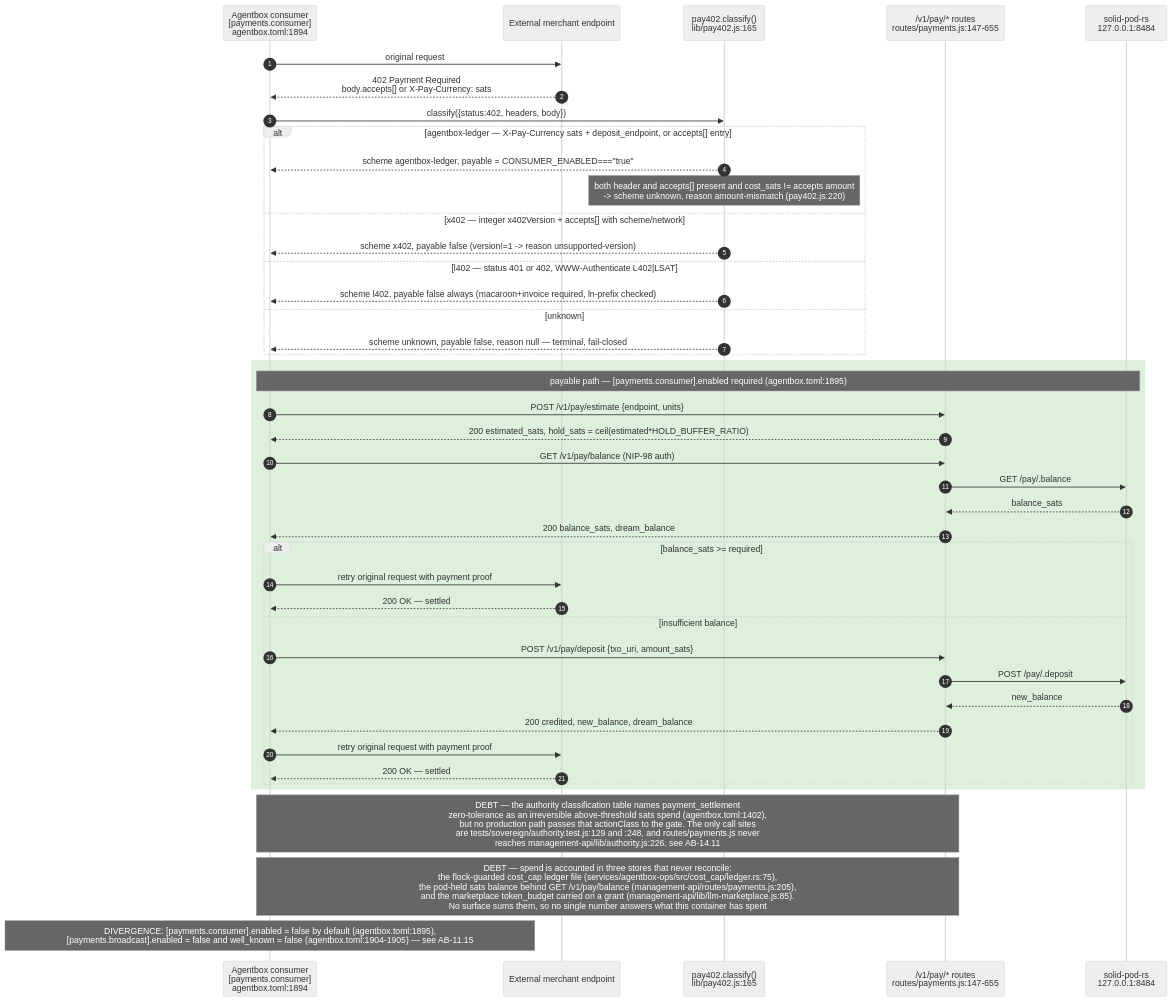
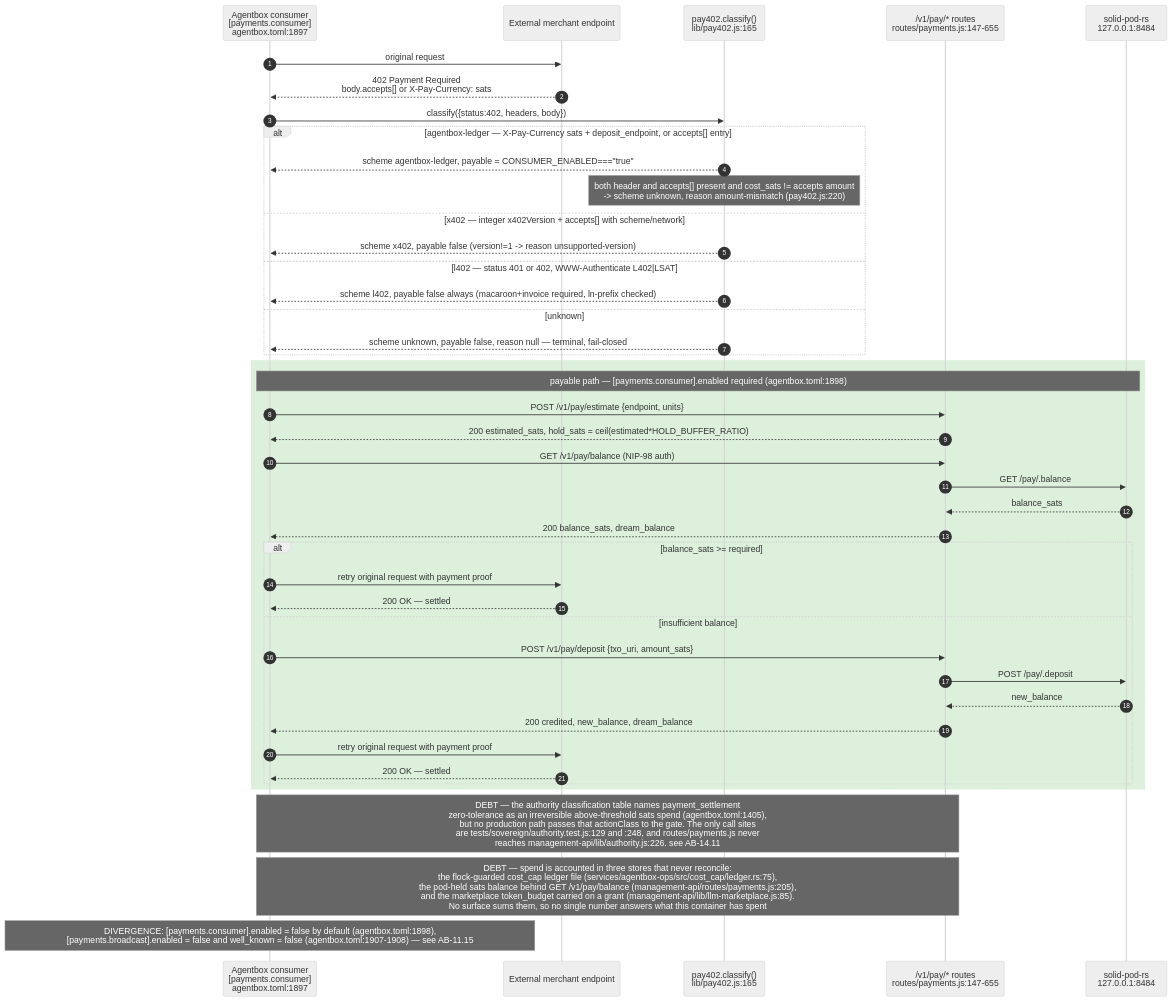
The sixth of 15 diagrams in docs/diagrams/agentbox/15-capability-gating-spend-consultants.md (DreamLab-AI/VisionFlow), drawn with Mermaid (neutral theme) before and after one commit. The commit also changed other lines of this file and 142 other files, not shown here.

First line of the commit message:
docs(diagrams): one System One route; re-verify 140 topics at today's heads

````diff
--- a/docs/diagrams/agentbox/15-capability-gating-spend-consultants.md
+++ b/docs/diagrams/agentbox/15-capability-gating-spend-consultants.md
@@ -290,47 +290,47 @@
 ```mermaid
 sequenceDiagram
     autonumber
-    participant Agent as Agentbox consumer<br/>[payments.consumer]<br/>agentbox.toml:1894
+    participant Agent as Agentbox consumer<br/>[payments.consumer]<br/>agentbox.toml:1897
     participant Merchant as External merchant endpoint
     participant Classify as pay402.classify()<br/>lib/pay402.js:165
     participant Pay as /v1/pay/* routes<br/>routes/payments.js:147-655
     participant Pod as solid-pod-rs<br/>127.0.0.1:8484
 
     Agent->>Merchant: original request
     Merchant-->>Agent: 402 Payment Required<br/>body.accepts[] or X-Pay-Currency: sats
     Agent->>Classify: classify({status:402, headers, body})
     alt agentbox-ledger — X-Pay-Currency sats + deposit_endpoint, or accepts[] entry
         Classify-->>Agent: scheme agentbox-ledger, payable = CONSUMER_ENABLED==="true"
         Note over Classify: both header and accepts[] present and cost_sats != accepts amount<br/>-> scheme unknown, reason amount-mismatch (pay402.js:220)
     else x402 — integer x402Version + accepts[] with scheme/network
         Classify-->>Agent: scheme x402, payable false #40;version!=1 -> reason unsupported-version#41;
     else l402 — status 401 or 402, WWW-Authenticate L402#124;LSAT
         Classify-->>Agent: scheme l402, payable false always #40;macaroon+invoice required, ln-prefix checked#41;
     else unknown
         Classify-->>Agent: scheme unknown, payable false, reason null — terminal, fail-closed
     end
 
     rect rgb(220,240,220)
-    Note over Agent,Pod: payable path — [payments.consumer].enabled required (agentbox.toml:1895)
+    Note over Agent,Pod: payable path — [payments.consumer].enabled required (agentbox.toml:1898)
     Agent->>Pay: POST /v1/pay/estimate {endpoint, units}
     Pay-->>Agent: 200 estimated_sats, hold_sats = ceil(estimated*HOLD_BUFFER_RATIO)
     Agent->>Pay: GET /v1/pay/balance (NIP-98 auth)
     Pay->>Pod: GET /pay/.balance
     Pod-->>Pay: balance_sats
     Pay-->>Agent: 200 balance_sats, dream_balance
     alt balance_sats #62;#61; required
         Agent->>Merchant: retry original request with payment proof
         Merchant-->>Agent: 200 OK — settled
     else insufficient balance
         Agent->>Pay: POST /v1/pay/deposit {txo_uri, amount_sats}
         Pay->>Pod: POST /pay/.deposit
         Pod-->>Pay: new_balance
         Pay-->>Agent: 200 credited, new_balance, dream_balance
         Agent->>Merchant: retry original request with payment proof
         Merchant-->>Agent: 200 OK — settled
     end
     end
-    Note over Agent,Pay: DEBT — the authority classification table names payment_settlement<br/>zero-tolerance as an irreversible above-threshold sats spend (agentbox.toml:1402),<br/>but no production path passes that actionClass to the gate. The only call sites<br/>are tests/sovereign/authority.test.js:129 and :248, and routes/payments.js never<br/>reaches management-api/lib/authority.js:226. see AB-14.11
+    Note over Agent,Pay: DEBT — the authority classification table names payment_settlement<br/>zero-tolerance as an irreversible above-threshold sats spend (agentbox.toml:1405),<br/>but no production path passes that actionClass to the gate. The only call sites<br/>are tests/sovereign/authority.test.js:129 and :248, and routes/payments.js never<br/>reaches management-api/lib/authority.js:226. see AB-14.11
     Note over Agent,Pay: DEBT — spend is accounted in three stores that never reconcile:<br/>the flock-guarded cost_cap ledger file (services/agentbox-ops/src/cost_cap/ledger.rs:75),<br/>the pod-held sats balance behind GET /v1/pay/balance (management-api/routes/payments.js:205),<br/>and the marketplace token_budget carried on a grant (management-api/lib/llm-marketplace.js:85).<br/>No surface sums them, so no single number answers what this container has spent
-    Note over Agent: DIVERGENCE: #91;payments.consumer#93;.enabled = false by default #40;agentbox.toml:1895#41;,<br/>#91;payments.broadcast#93;.enabled = false and well_known = false #40;agentbox.toml:1904-1905#41; — see AB-11.15
+    Note over Agent: DIVERGENCE: #91;payments.consumer#93;.enabled = false by default #40;agentbox.toml:1898#41;,<br/>#91;payments.broadcast#93;.enabled = false and well_known = false #40;agentbox.toml:1907-1908#41; — see AB-11.15
 ```
````
